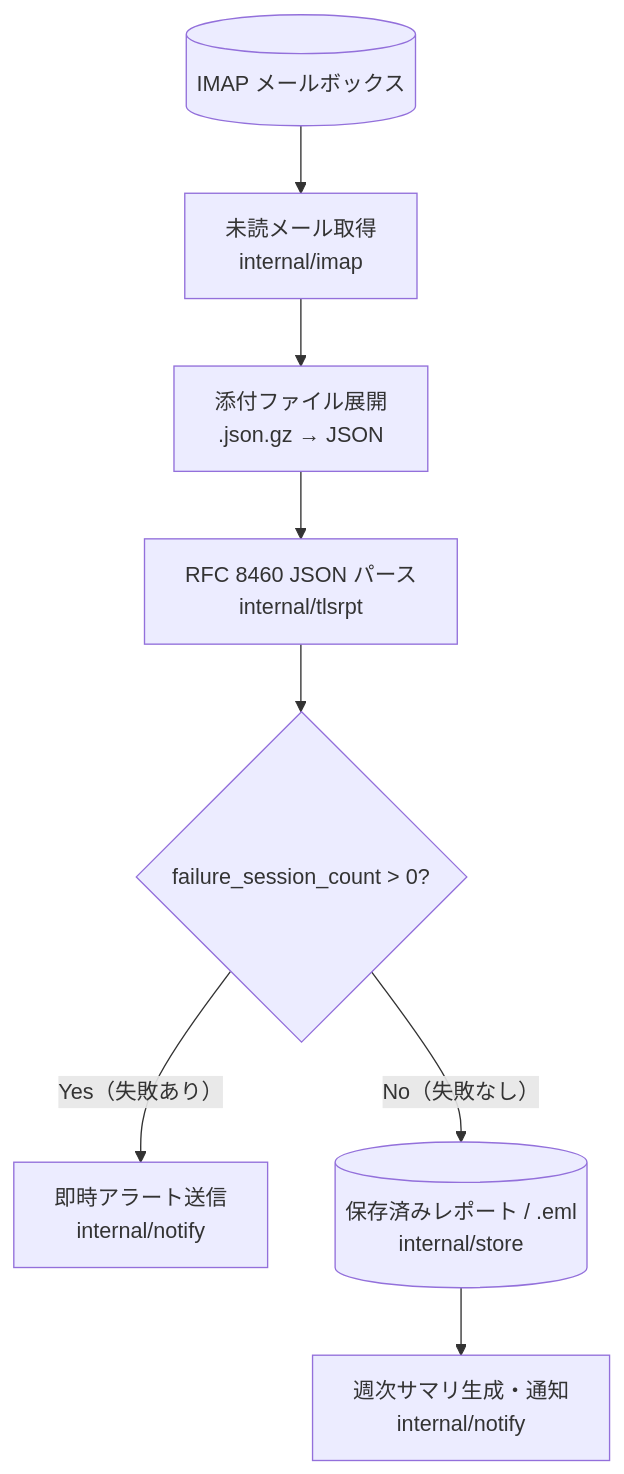
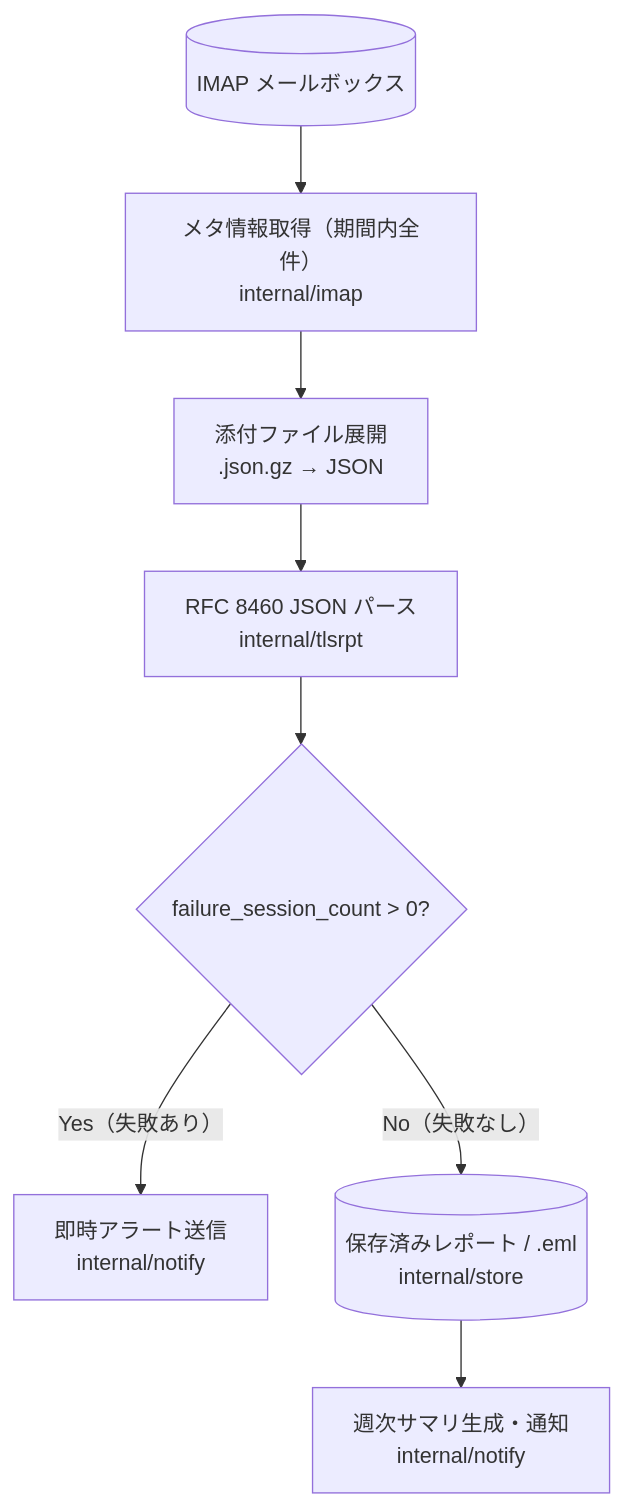
Before and after one commit to isseis/tlsrpt-digest: the first of 2 diagrams in docs/overview.ja.md, drawn with Mermaid. The commit also changed other lines of this file and 7 other files, not shown here.

````diff
--- a/docs/overview.ja.md
+++ b/docs/overview.ja.md
@@ -26,19 +26,19 @@
 ```mermaid
 flowchart TD
     A[("IMAP メールボックス")]
-    B["未読メール取得<br>internal/imap"]
+    B["メタ情報取得（期間内全件）<br>internal/imap"]
     C["添付ファイル展開<br>.json.gz → JSON"]
     D["RFC 8460 JSON パース<br>internal/tlsrpt"]
     E{"failure_session_count > 0?"}
     F["即時アラート送信<br>internal/notify"]
     G[("保存済みレポート / .eml<br>internal/store")]
     H["週次サマリ生成・通知<br>internal/notify"]
 
     A --> B
     B --> C
     C --> D
     D --> E
     E -- "Yes（失敗あり）" --> F
     E -- "No（失敗なし）" --> G
     G --> H
 ```
````
